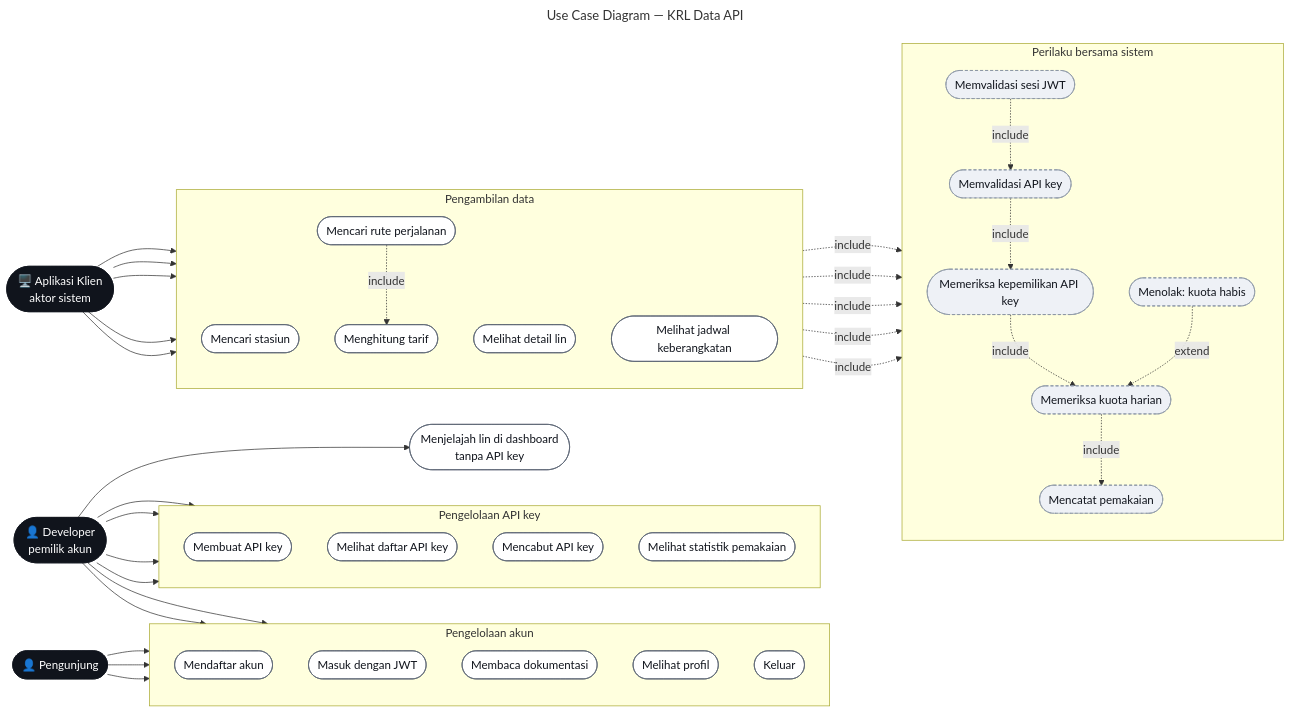
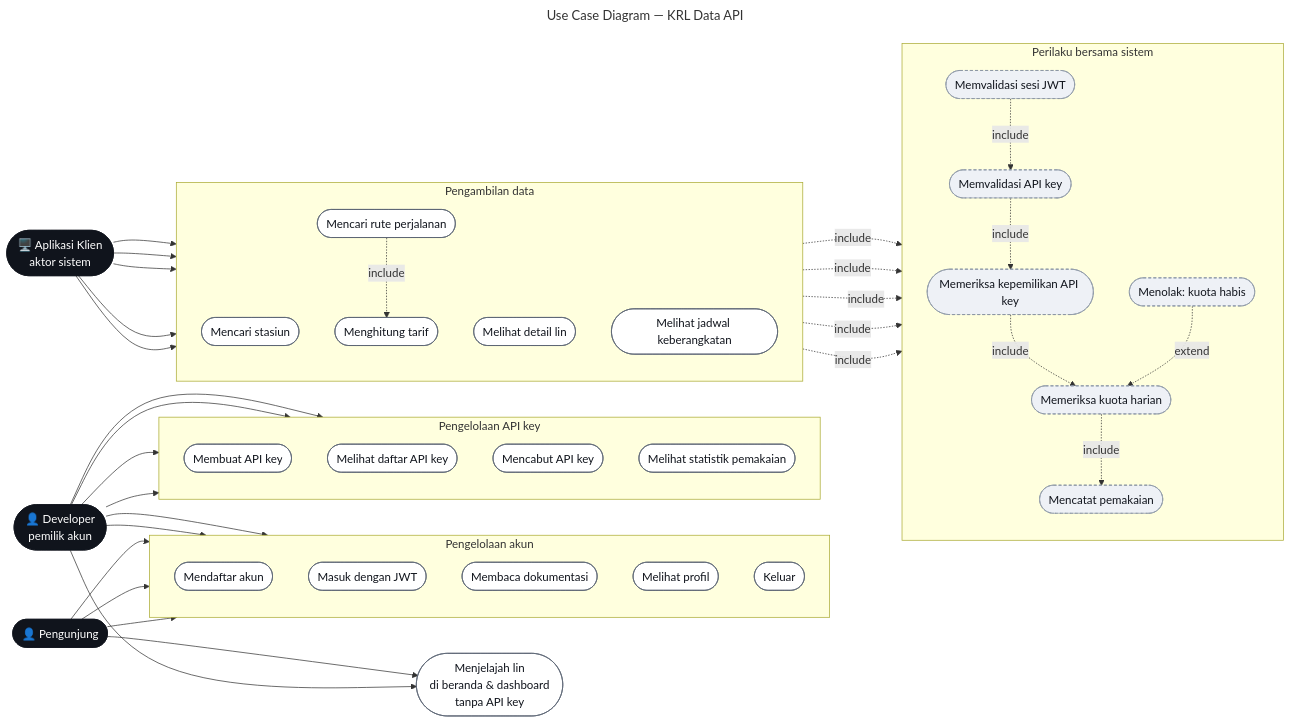
One commit to Fannandya/api-krl changed the diagram in docs/diagrams/usecase.mmd. Above: the diagram before and after it, drawn with Mermaid. The commit also changed 7 other files, not shown here.

```diff
--- a/docs/diagrams/usecase.mmd
+++ b/docs/diagrams/usecase.mmd
@@ -1,82 +1,83 @@
 ---
 title: Use Case Diagram — KRL Data API
 ---
 flowchart LR
     PENGUNJUNG(["👤 Pengunjung"])
     DEVELOPER(["👤 Developer<br/>pemilik akun"])
     KLIEN(["🖥️ Aplikasi Klien<br/>aktor sistem"])
 
-    UC19(["Menjelajah lin di dashboard<br/>tanpa API key"])
+    UC19(["Menjelajah lin<br/>di beranda & dashboard<br/>tanpa API key"])
 
     subgraph AKUN["Pengelolaan akun"]
         direction TB
         UC1(["Mendaftar akun"])
         UC2(["Masuk dengan JWT"])
         UC18(["Membaca dokumentasi"])
         UC3(["Melihat profil"])
         UC4(["Keluar"])
     end
 
     subgraph KEYS["Pengelolaan API key"]
         direction TB
         UC5(["Membuat API key"])
         UC6(["Melihat daftar API key"])
         UC7(["Mencabut API key"])
         UC8(["Melihat statistik pemakaian"])
     end
 
     subgraph DATA["Pengambilan data"]
         direction TB
         UC9(["Mencari stasiun"])
         UC10(["Melihat detail lin"])
         UC11(["Melihat jadwal keberangkatan"])
         UC12(["Mencari rute perjalanan"])
         UC13(["Menghitung tarif"])
     end
 
     subgraph BERSAMA["Perilaku bersama sistem"]
         direction TB
         UC20(["Memvalidasi sesi JWT"])
         UC14(["Memvalidasi API key"])
         UC21(["Memeriksa kepemilikan API key"])
         UC15(["Memeriksa kuota harian"])
         UC16(["Mencatat pemakaian"])
         UC17(["Menolak: kuota habis"])
     end
 
     PENGUNJUNG --> UC1
     PENGUNJUNG --> UC2
     PENGUNJUNG --> UC18
 
     DEVELOPER --> UC3
     DEVELOPER --> UC4
     DEVELOPER --> UC5
     DEVELOPER --> UC6
     DEVELOPER --> UC7
     DEVELOPER --> UC8
     DEVELOPER --> UC19
+    PENGUNJUNG --> UC19
 
     KLIEN --> UC9
     KLIEN --> UC10
     KLIEN --> UC11
     KLIEN --> UC12
     KLIEN --> UC13
 
     UC9  -.->|include| UC20
     UC10 -.->|include| UC20
     UC11 -.->|include| UC20
     UC12 -.->|include| UC20
     UC13 -.->|include| UC20
     UC20 -.->|include| UC14
     UC14 -.->|include| UC21
     UC21 -.->|include| UC15
     UC15 -.->|include| UC16
     UC17 -.->|extend| UC15
     UC12 -.->|include| UC13
 
     classDef aktor fill:#10141c,stroke:#10141c,color:#fff
     classDef uc fill:#fff,stroke:#5a6473,color:#10141c
     classDef bersama fill:#eef1f6,stroke:#8b95a5,color:#10141c,stroke-dasharray: 4 3
     class PENGUNJUNG,DEVELOPER,KLIEN aktor
     class UC1,UC2,UC3,UC4,UC5,UC6,UC7,UC8,UC9,UC10,UC11,UC12,UC13,UC18,UC19 uc
     class UC14,UC15,UC16,UC17,UC20,UC21 bersama
```
